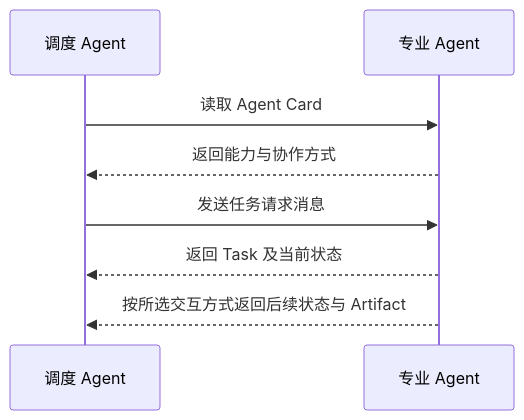
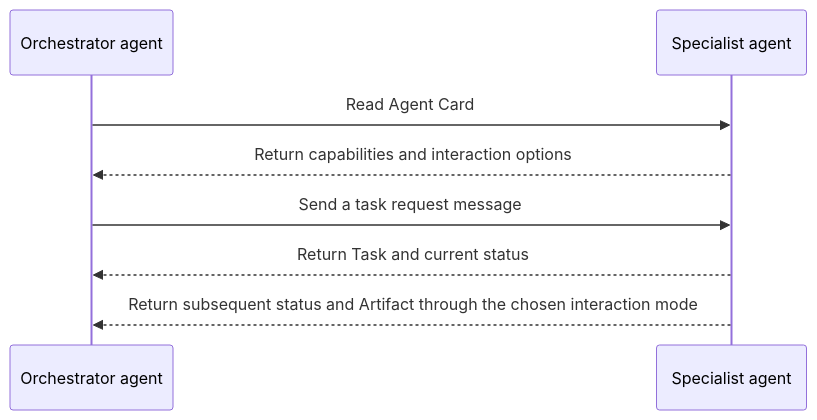
Before and after one commit to oneleaveknowsthefall/awesome-ai-roadmap: the second of 3 diagrams in docs/agent/01-foundations/01-agent-foundations.md, drawn with Mermaid. The commit also changed other lines of this file and 68 other files, not shown here.

````diff
--- a/docs/agent/01-foundations/01-agent-foundations.md
+++ b/docs/agent/01-foundations/01-agent-foundations.md
@@ -221,11 +221,11 @@
 ```mermaid
 sequenceDiagram
-    participant A as 调度 Agent
-    participant B as 专业 Agent
+    participant A as Orchestrator agent
+    participant B as Specialist agent
 
-    A->>B: 读取 Agent Card
-    B-->>A: 返回能力与协作方式
-    A->>B: 发送任务请求消息
-    B-->>A: 返回 Task 及当前状态
-    B-->>A: 按所选交互方式返回后续状态与 Artifact
+    A->>B: Read Agent Card
+    B-->>A: Return capabilities and interaction options
+    A->>B: Send a task request message
+    B-->>A: Return Task and current status
+    B-->>A: Return subsequent status and Artifact through the chosen interaction mode
 ```
````
